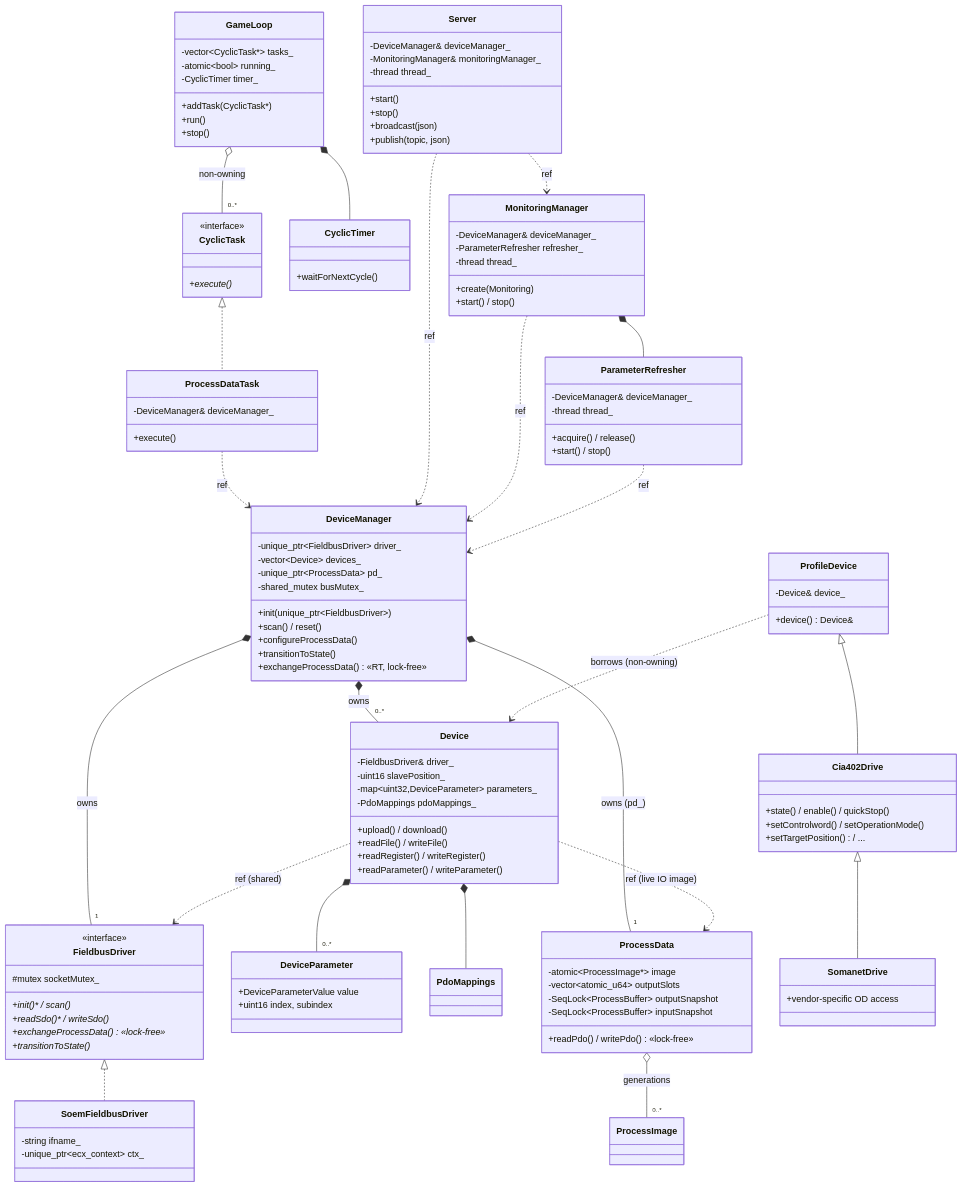
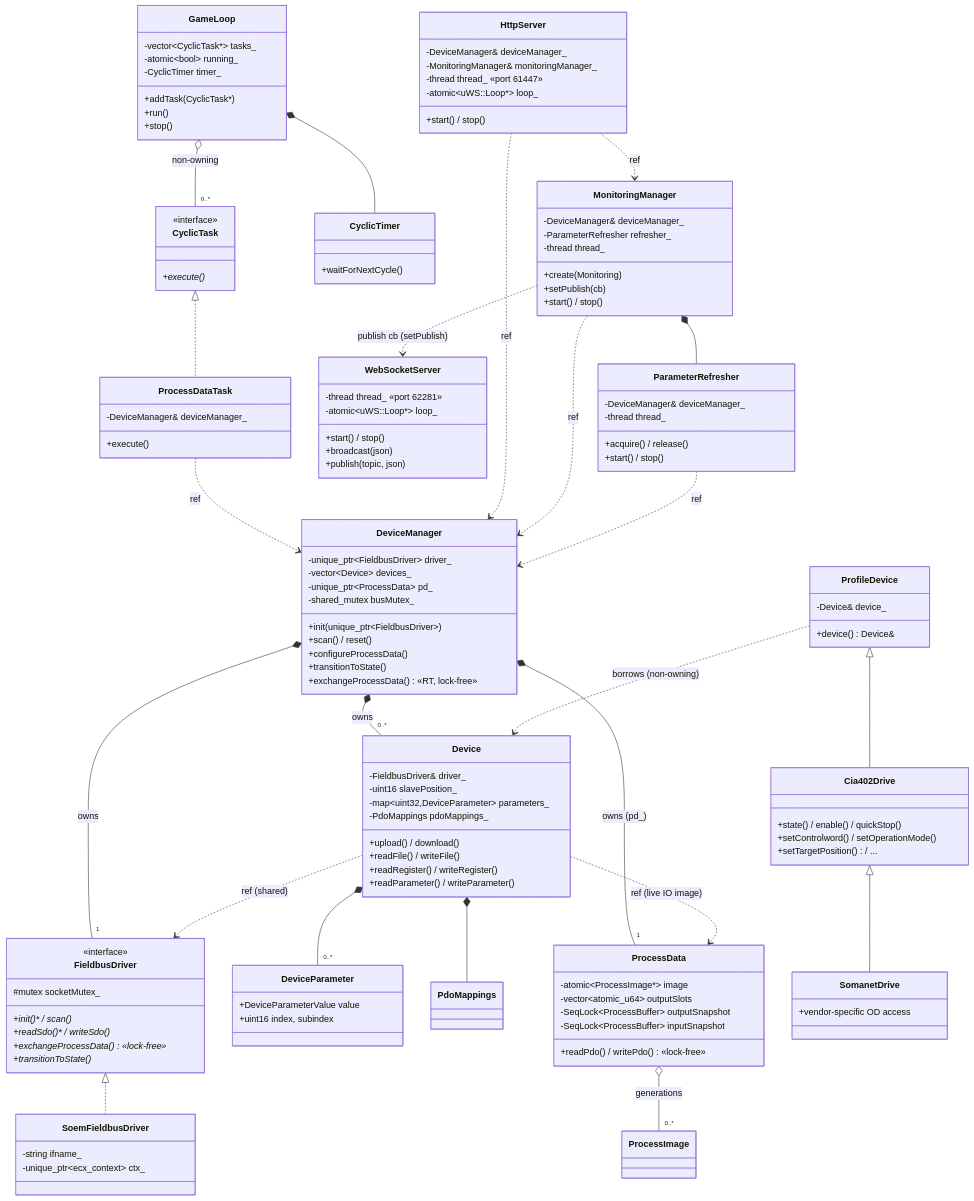
Before and after one commit to synapticon/motion-master: the diagram in docs/CLASS_DIAGRAM.md, drawn with Mermaid. The commit also changed other lines of this file and 2 other files, not shown here.

Commit message:
docs: update mermaid class diagram + threading model for two-port split
The hand-maintained docs/ pages (rendered on GitHub, linked from the
Doxygen mainpage) still described a single Server class on one uWS loop:

- CLASS_DIAGRAM.md: split Server into HttpServer (61447) +
  WebSocketServer (62281); MonitoringManager publishes via setPublish ->
  WebSocketServer; fix ownership table file paths (http_server.h /
  ws_server.h, no more server.h)
- THREADS.md: four threads -> five (HTTP and WS now run on separate
  ports/loops/threads); refresh the overview flowchart, thread table,
  lifecycle order, and sync-primitive citations to current line numbers
- README.md: "four threads" -> "five threads"

```diff
--- a/docs/CLASS_DIAGRAM.md
+++ b/docs/CLASS_DIAGRAM.md
@@ -31,17 +31,23 @@
     class CyclicTimer {
         +waitForNextCycle()
     }
-    class Server {
-        +start()
-        +stop()
+    class HttpServer {
+        +start() / stop()
+        -DeviceManager& deviceManager_
+        -MonitoringManager& monitoringManager_
+        -thread thread_ «port 61447»
+        -atomic~uWS::Loop*~ loop_
+    }
+    class WebSocketServer {
+        +start() / stop()
         +broadcast(json)
         +publish(topic, json)
-        -DeviceManager& deviceManager_
-        -MonitoringManager& monitoringManager_
-        -thread thread_
+        -thread thread_ «port 62281»
+        -atomic~uWS::Loop*~ loop_
     }
     class MonitoringManager {
         +create(Monitoring)
+        +setPublish(cb)
         +start() / stop()
         -DeviceManager& deviceManager_
         -ParameterRefresher refresher_
@@ -120,9 +126,10 @@
     GameLoop o-- "0..*" CyclicTask : non-owning
     GameLoop *-- CyclicTimer
     ProcessDataTask ..> DeviceManager : ref
-    Server ..> DeviceManager : ref
-    Server ..> MonitoringManager : ref
+    HttpServer ..> DeviceManager : ref
+    HttpServer ..> MonitoringManager : ref
     MonitoringManager ..> DeviceManager : ref
+    MonitoringManager ..> WebSocketServer : publish cb (setPublish)
     MonitoringManager *-- ParameterRefresher
     ParameterRefresher ..> DeviceManager : ref
     DeviceManager *-- "1" FieldbusDriver : owns
```
